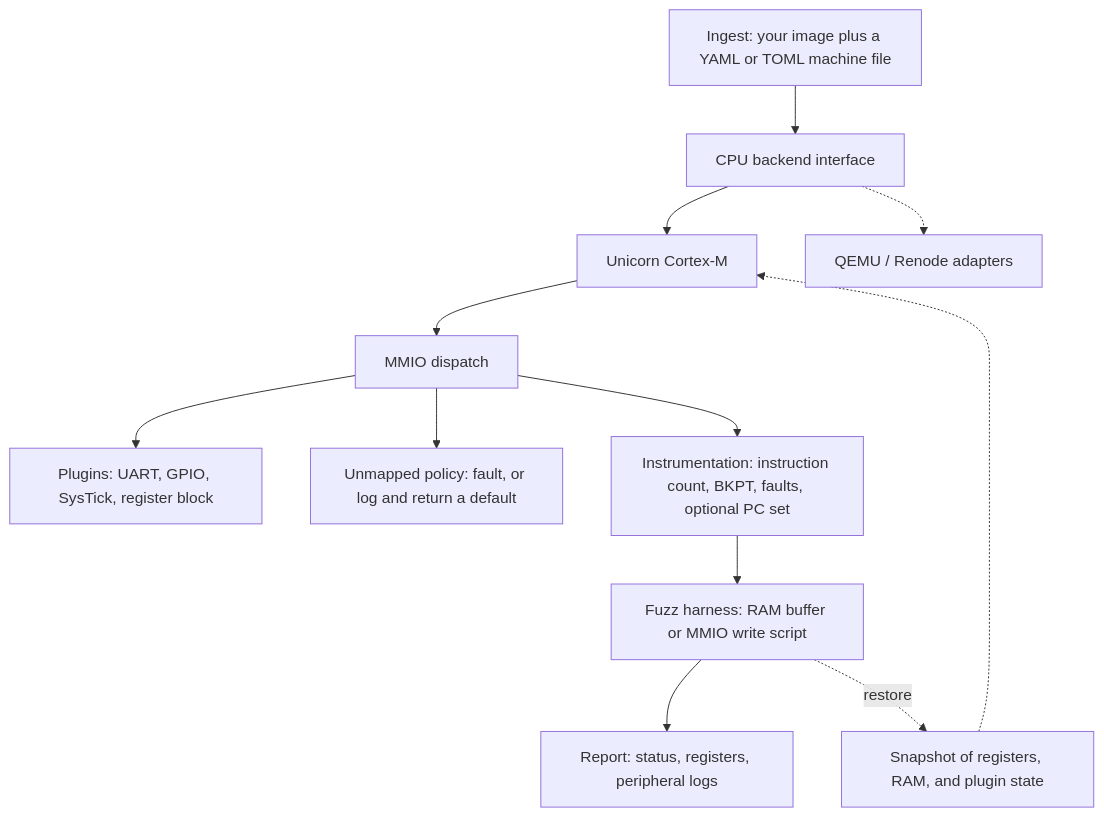
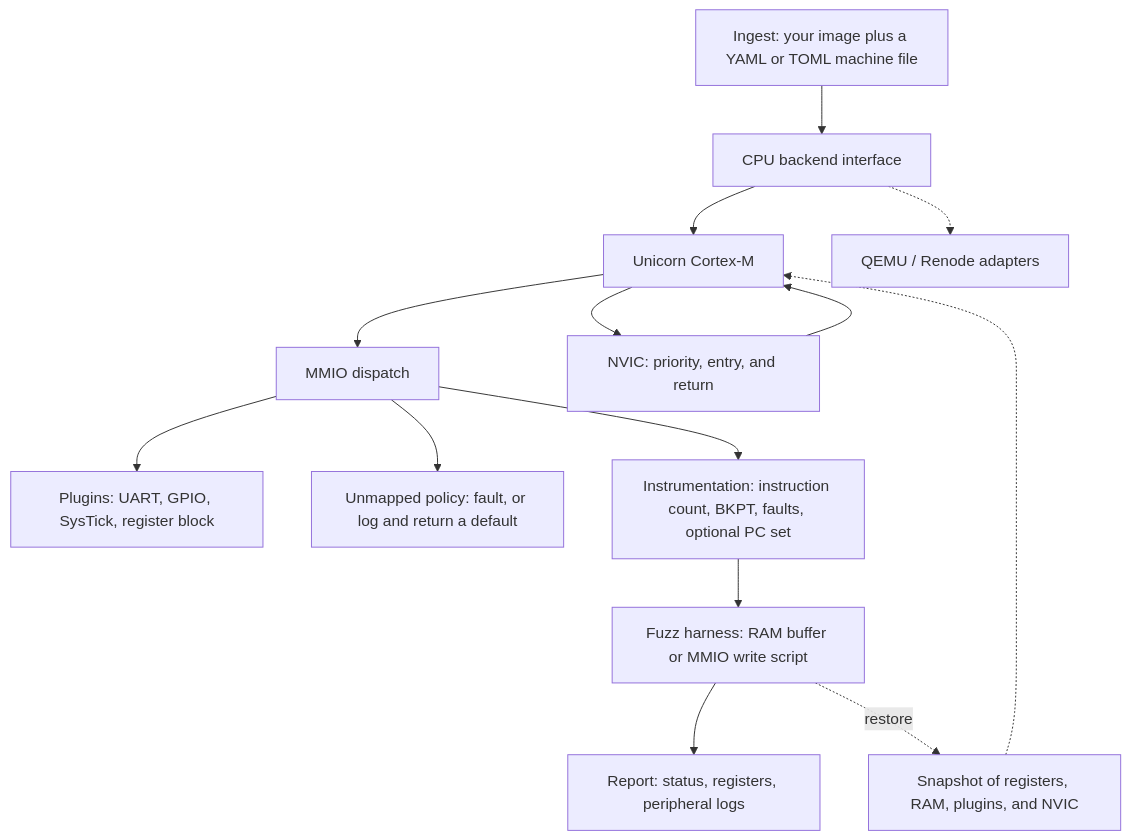
One commit to c0re-i5/jig changed the diagram in README.md. Above: the diagram before and after it, drawn with Mermaid. The commit also changed other lines of this file and 18 other files, not shown here.

````diff
--- a/README.md
+++ b/README.md
@@ -53,26 +53,29 @@
 ```mermaid
 flowchart TD
   ingest["Ingest: your image plus a YAML or TOML machine file"]
   cpu["CPU backend interface"]
   uni["Unicorn Cortex-M"]
   later["QEMU / Renode adapters"]
   mmio["MMIO dispatch"]
   plugs["Plugins: UART, GPIO, SysTick, register block"]
   unmapped["Unmapped policy: fault, or log and return a default"]
   inst["Instrumentation: instruction count, BKPT, faults, optional PC set"]
   fuzz["Fuzz harness: RAM buffer or MMIO write script"]
-  snap["Snapshot of registers, RAM, and plugin state"]
+  nvic["NVIC: priority, entry, and return"]
+  snap["Snapshot of registers, RAM, plugins, and NVIC"]
   triage["Report: status, registers, peripheral logs"]
 
   ingest --> cpu
   cpu --> uni
   cpu -.-> later
+  uni --> nvic
+  nvic --> uni
   uni --> mmio
   mmio --> plugs
   mmio --> unmapped
   mmio --> inst
   inst --> fuzz
   fuzz --> triage
   fuzz -.->|restore| snap
   snap -.-> uni
 ```
````
